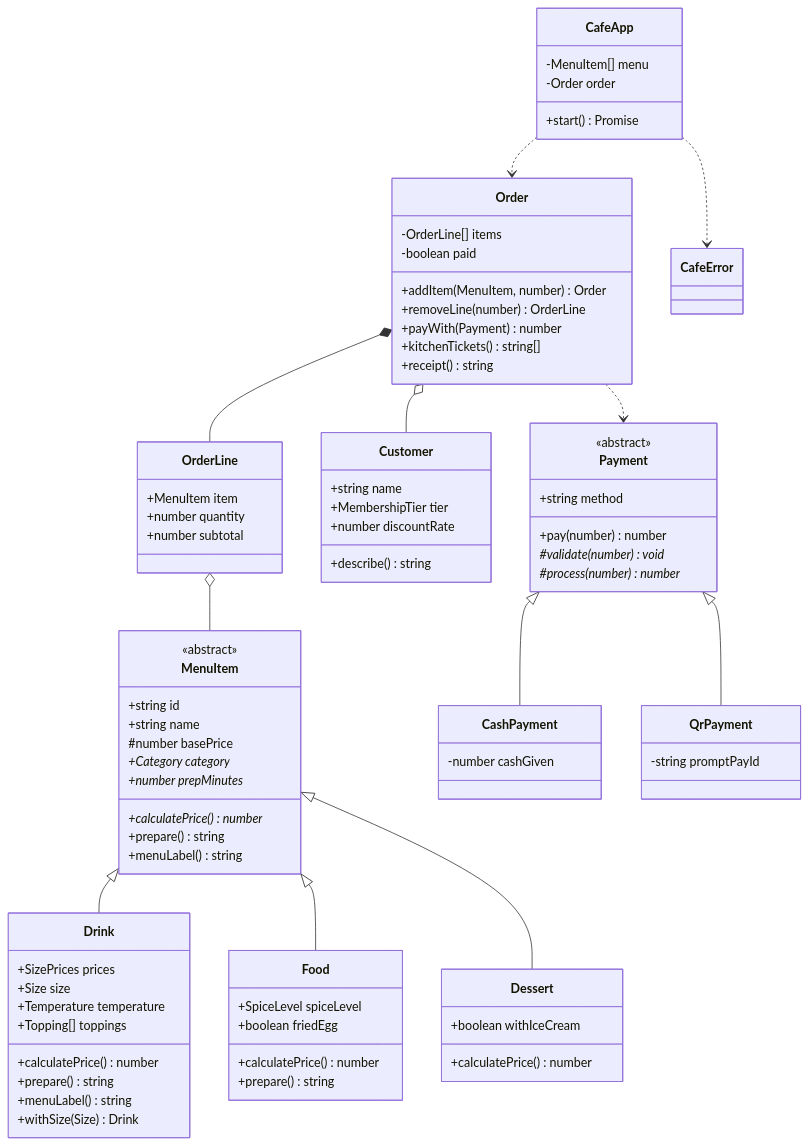
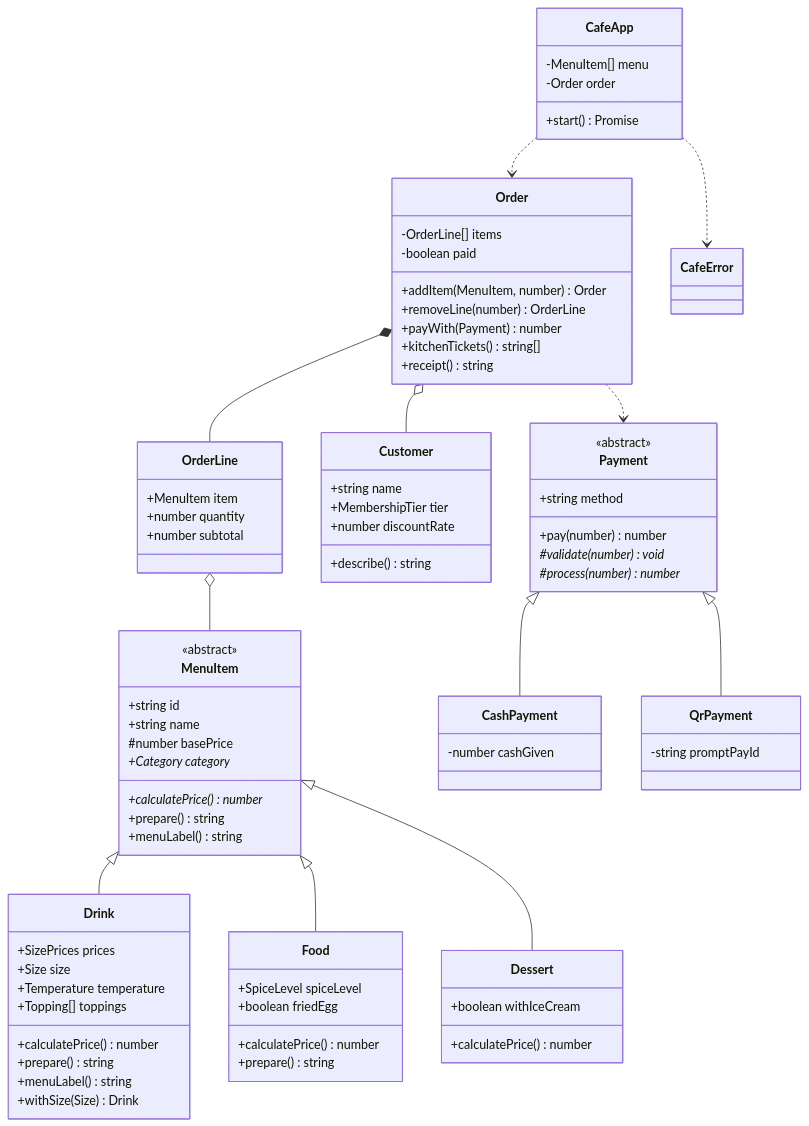
The diagram in README.md (Jester1478/ProjectOOP), drawn with Mermaid before and after one commit. The commit also changed other lines of this file and 6 other files, not shown here.

```diff
--- a/README.md
+++ b/README.md
@@ -55,7 +55,6 @@
         +string name
         #number basePrice
         +Category category*
-        +number prepMinutes*
         +calculatePrice()* number
         +prepare() string
         +menuLabel() string
```
